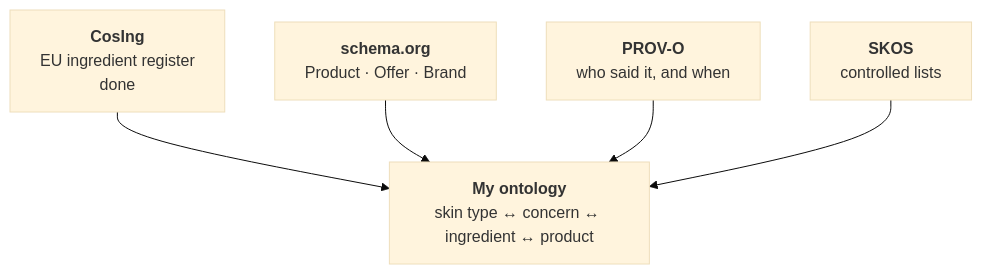
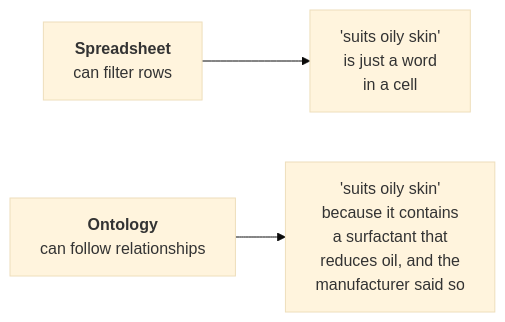
Before and after one commit to devexlynne/A-Multi-Source-Enriched-Skincare-Product-Dataset-for-Knowledge-Graph-Based-Recommendation: the fourth of 6 diagrams in ONTOLOGY_REUSE.md, drawn with Mermaid (base theme). The commit also changed other lines of this file and 4 other files, not shown here.

````diff
--- a/ONTOLOGY_REUSE.md
+++ b/ONTOLOGY_REUSE.md
@@ -154,12 +251,5 @@
 ```mermaid
-graph TB
-    MY["<b>My ontology</b><br/>skin type ↔ concern ↔ ingredient ↔ product"]
-    C1["<b>CosIng</b><br/>EU ingredient register<br/>done"]
-    C2["<b>schema.org</b><br/>Product · Offer · Brand"]
-    C3["<b>PROV-O</b><br/>who said it, and when"]
-    C4["<b>SKOS</b><br/>controlled lists"]
-    C1 --> MY
-    C2 --> MY
-    C3 --> MY
-    C4 --> MY
+graph LR
+    S["<b>Spreadsheet</b><br/>can filter rows"] --> S2["'suits oily skin'<br/>is just a word<br/>in a cell"]
+    O["<b>Ontology</b><br/>can follow relationships"] --> O2["'suits oily skin'<br/>because it contains<br/>a surfactant that<br/>reduces oil, and the<br/>manufacturer said so"]
 ```
````
